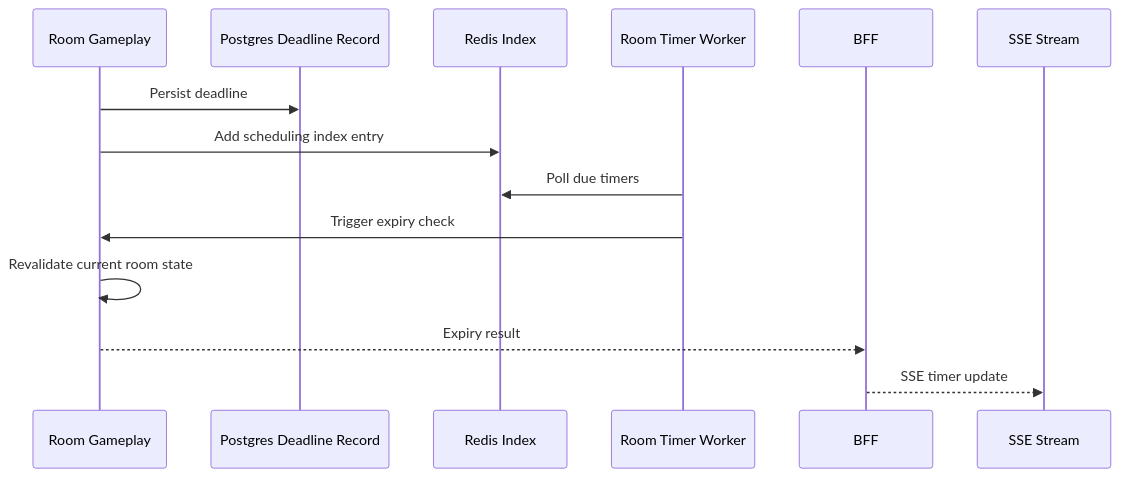
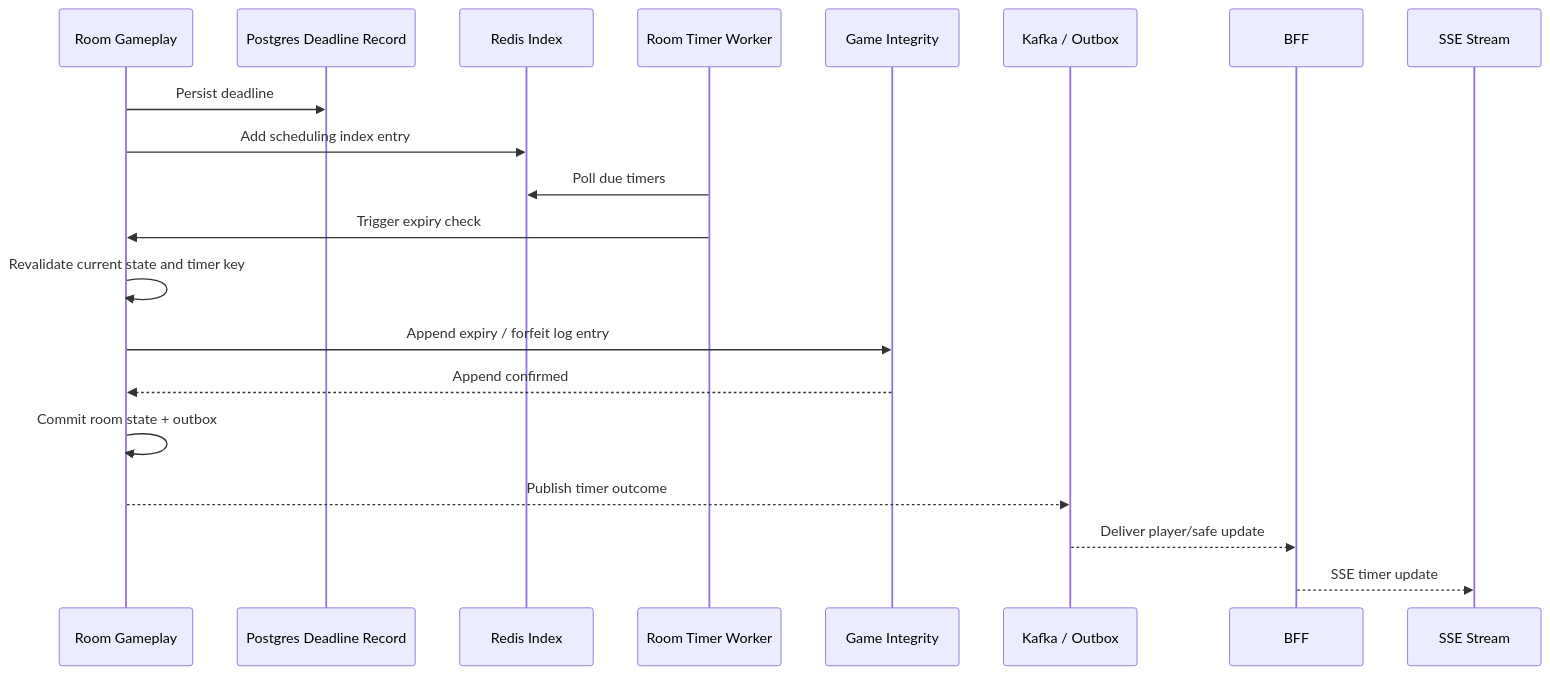
One commit to FSendot/uno-arena changed the fourth of 5 diagrams in docs/architecture/07-sequence-diagrams.md. Above: the diagram before and after it, drawn with Mermaid. The commit also changed other lines of this file and 9 other files, not shown here.

````diff
--- a/docs/architecture/07-sequence-diagrams.md
+++ b/docs/architecture/07-sequence-diagrams.md
@@ -79,17 +70,23 @@
 ```mermaid
 sequenceDiagram
     participant R as Room Gameplay
     participant D as Postgres Deadline Record
     participant X as Redis Index
     participant W as Room Timer Worker
+    participant G as Game Integrity
+    participant K as Kafka / Outbox
     participant B as BFF
     participant S as SSE Stream
 
     R->>D: Persist deadline
     R->>X: Add scheduling index entry
     W->>X: Poll due timers
     W->>R: Trigger expiry check
-    R->>R: Revalidate current room state
-    R-->>B: Expiry result
+    R->>R: Revalidate current state and timer key
+    R->>G: Append expiry / forfeit log entry
+    G-->>R: Append confirmed
+    R->>R: Commit room state + outbox
+    R-->>K: Publish timer outcome
+    K-->>B: Deliver player/safe update
     B-->>S: SSE timer update
 ```
````
